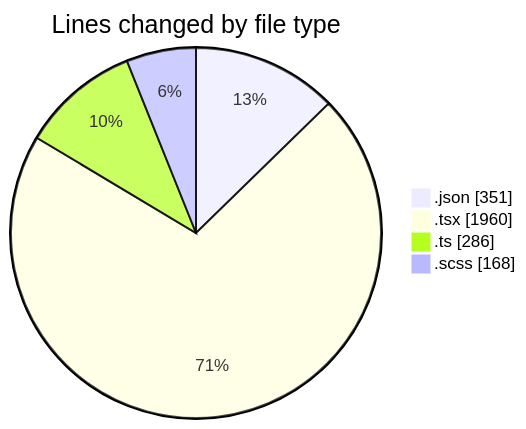
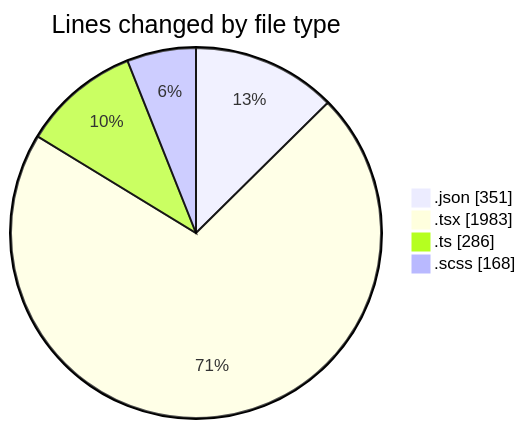
Before and after one commit to momahboobian/code-tracking: the first of 2 diagrams in 2026-04-22/cda/README.md, drawn with Mermaid. The commit also changed other lines of this file and 1 other file, not shown here.

````diff
--- a/2026-04-22/cda/README.md
+++ b/2026-04-22/cda/README.md
@@ -39,8 +39,8 @@
 ```mermaid
 pie showData
 title Lines changed by file type
 ".json" : 351
-".tsx" : 1960
+".tsx" : 1983
 ".ts" : 286
 ".scss" : 168
 ```
````
